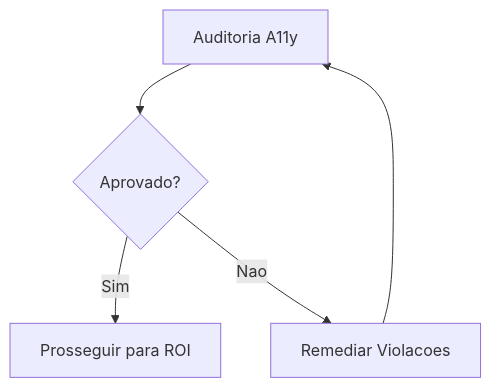
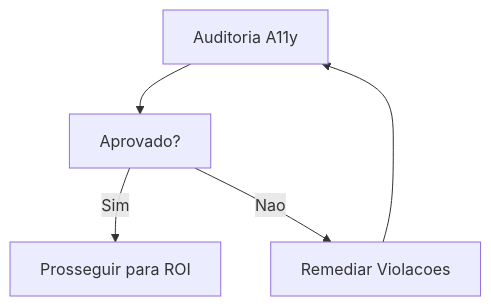
Before and after one commit to bychrisr/aios-docs: the seventh of 7 diagrams in content/en/docs/guides/workflows/DESIGN-SYSTEM-BUILD-QUALITY-WORKFLOW.mdx, drawn with Mermaid. The commit also changed other lines of this file and 40 other files, not shown here.

````diff
--- a/content/en/docs/guides/workflows/DESIGN-SYSTEM-BUILD-QUALITY-WORKFLOW.mdx
+++ b/content/en/docs/guides/workflows/DESIGN-SYSTEM-BUILD-QUALITY-WORKFLOW.mdx
@@ -589,7 +589,7 @@
 ```mermaid
 graph TD
-    A11Y[Auditoria A11y] --> CHECK{Aprovado?}
+    A11Y[Auditoria A11y] --> CHECK[Aprovado?]
     CHECK -->|Sim| PROCEED[Prosseguir para ROI]
     CHECK -->|Nao| FIX[Remediar Violacoes]
     FIX --> A11Y
 ```
````
